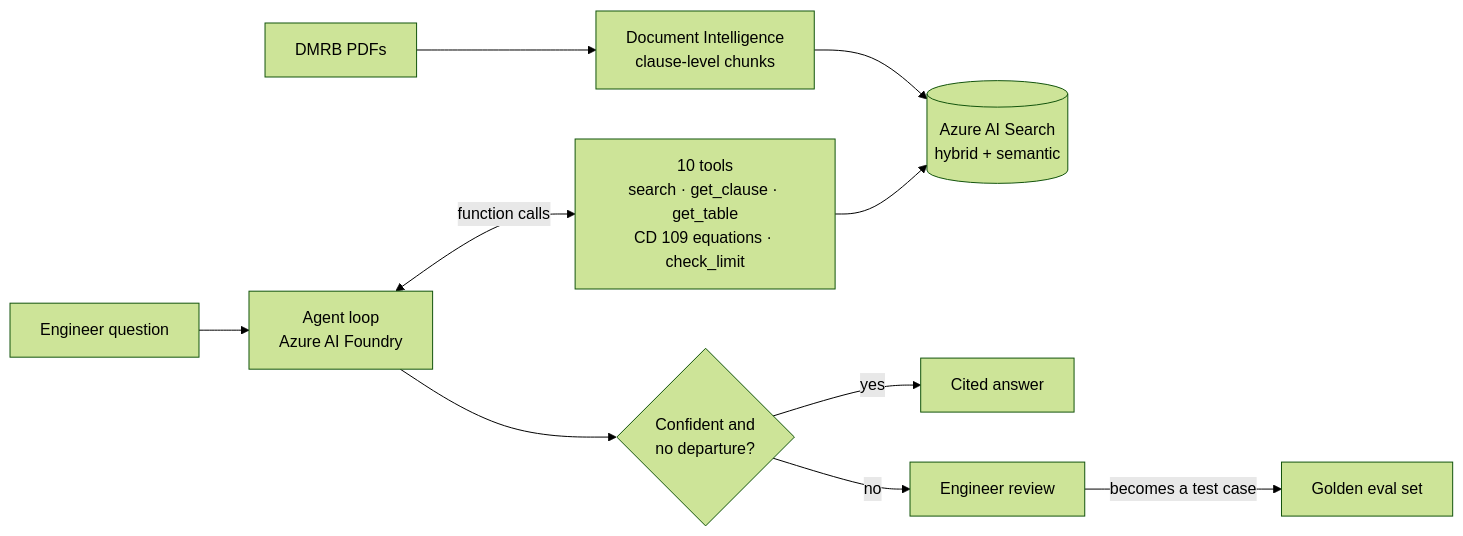
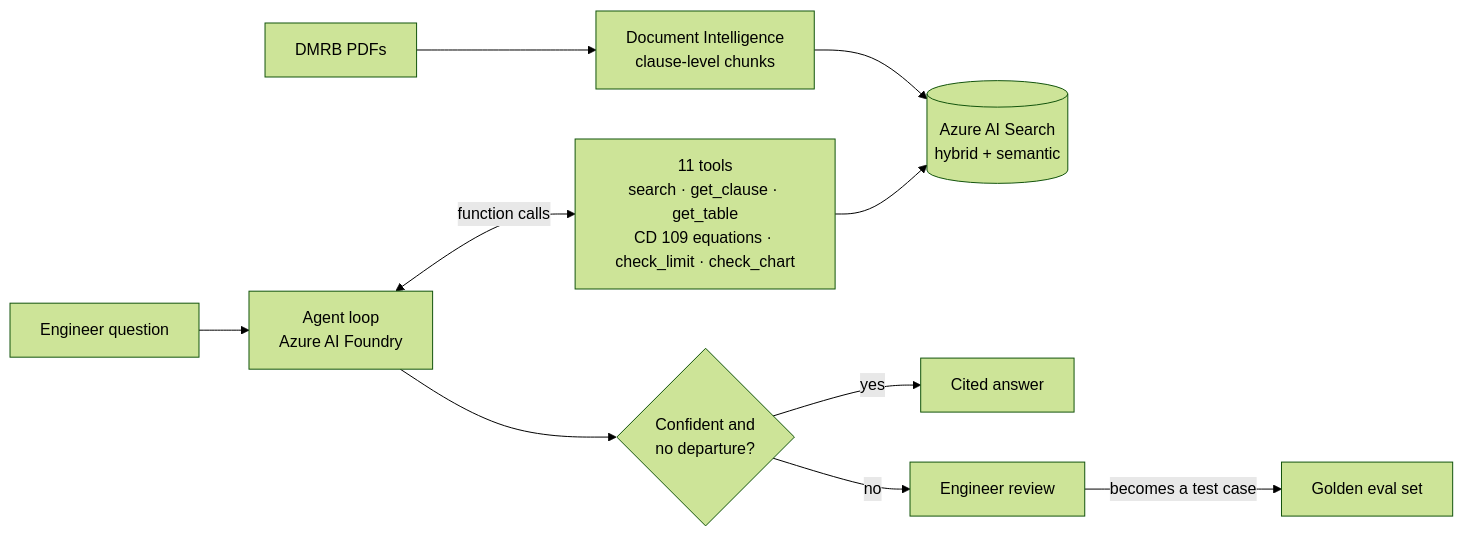
Before and after one commit to benw312/dmrb-standards-assistant: the diagram in README.md, drawn with Mermaid (forest theme). The commit also changed other lines of this file and 4 other files, not shown here.

````diff
--- a/README.md
+++ b/README.md
@@ -18,12 +18,12 @@
 ```mermaid
 flowchart LR
     PDF[DMRB PDFs] --> DI[Document Intelligence<br/>clause-level chunks]
     DI --> AIS[(Azure AI Search<br/>hybrid + semantic)]
     Q[Engineer question] --> AG[Agent loop<br/>Azure AI Foundry]
-    AG <-->|function calls| T[10 tools<br/>search · get_clause · get_table<br/>CD 109 equations · check_limit]
+    AG <-->|function calls| T[11 tools<br/>search · get_clause · get_table<br/>CD 109 equations · check_limit · check_chart]
     T --> AIS
     AG --> G{Confident and<br/>no departure?}
     G -->|yes| A[Cited answer]
     G -->|no| R[Engineer review]
     R -->|becomes a test case| E[Golden eval set]
 ```
````
